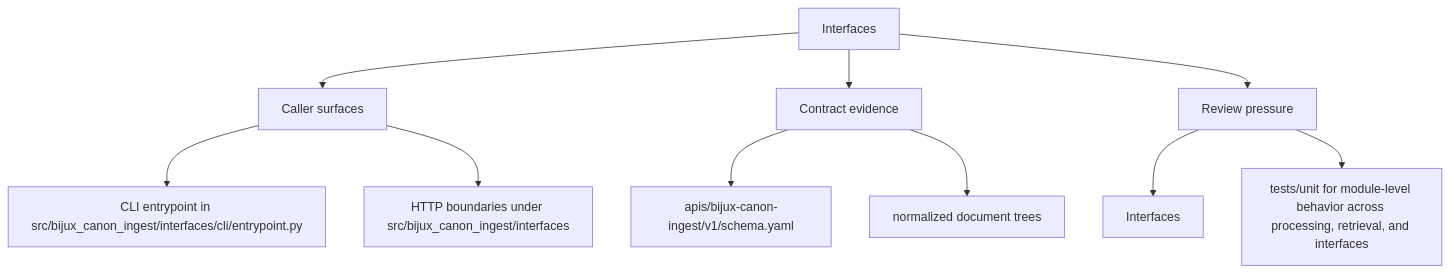
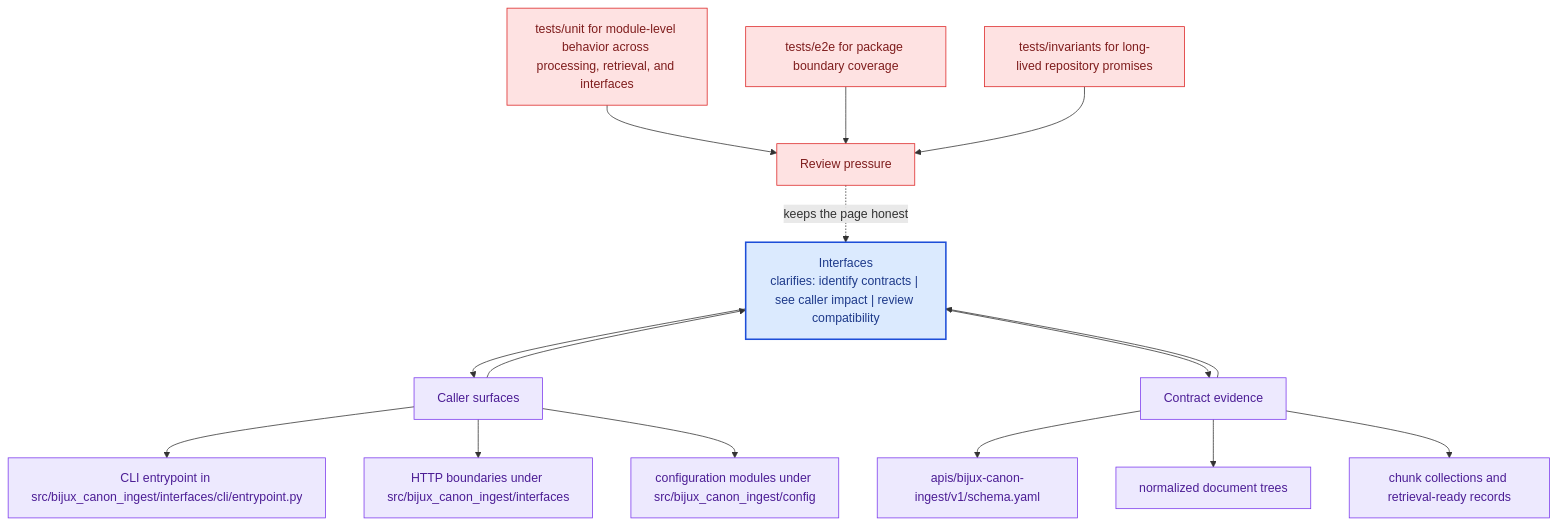
One commit to bijux/bijux-canon changed the second of 2 diagrams in docs/bijux-canon-ingest/interfaces/index.md. Above: the diagram before and after it, drawn with Mermaid. The commit also changed other lines of this file and 281 other files, not shown here.

Commit message:
docs(diagrams): deepen handbook mermaid maps across the catalog

````diff
--- a/docs/bijux-canon-ingest/interfaces/index.md
+++ b/docs/bijux-canon-ingest/interfaces/index.md
@@ -32,22 +65,41 @@
 ```mermaid
-flowchart TD
-    page["Interfaces"]
+flowchart TB
+    promise["Interfaces<br/>clarifies: identify contracts | see caller impact | review compatibility"]
+    classDef promise fill:#dbeafe,stroke:#1d4ed8,color:#1e3a8a,stroke-width:2px;
+    classDef driver fill:#dcfce7,stroke:#16a34a,color:#14532d;
+    classDef constraint fill:#fee2e2,stroke:#dc2626,color:#7f1d1d;
+    classDef ground fill:#ede9fe,stroke:#7c3aed,color:#4c1d95;
     focus1["Caller surfaces"]
-    page --> focus1
+    focus1 --> promise
+    promise --> focus1
     focus1_1["CLI entrypoint in src/bijux_canon_ingest/interfaces/cli/entrypoint.py"]
     focus1 --> focus1_1
     focus1_2["HTTP boundaries under src/bijux_canon_ingest/interfaces"]
     focus1 --> focus1_2
+    focus1_3["configuration modules under src/bijux_canon_ingest/config"]
+    focus1 --> focus1_3
+    class focus1 ground;
+    class focus1_1,focus1_2,focus1_3 ground;
     focus2["Contract evidence"]
-    page --> focus2
+    focus2 --> promise
+    promise --> focus2
     focus2_1["apis/bijux-canon-ingest/v1/schema.yaml"]
     focus2 --> focus2_1
     focus2_2["normalized document trees"]
     focus2 --> focus2_2
+    focus2_3["chunk collections and retrieval-ready records"]
+    focus2 --> focus2_3
+    class focus2 ground;
+    class focus2_1,focus2_2,focus2_3 ground;
     focus3["Review pressure"]
-    page --> focus3
-    focus3_1["Interfaces"]
-    focus3 --> focus3_1
-    focus3_2["tests/unit for module-level behavior across processing, retrieval, and interfaces"]
-    focus3 --> focus3_2
+    focus3 -.keeps the page honest.-> promise
+    focus3_1["tests/unit for module-level behavior across processing, retrieval, and interfaces"]
+    focus3_1 --> focus3
+    focus3_2["tests/e2e for package boundary coverage"]
+    focus3_2 --> focus3
+    focus3_3["tests/invariants for long-lived repository promises"]
+    focus3_3 --> focus3
+    class focus3 constraint;
+    class focus3_1,focus3_2,focus3_3 constraint;
+    class promise promise;
 ```
````
